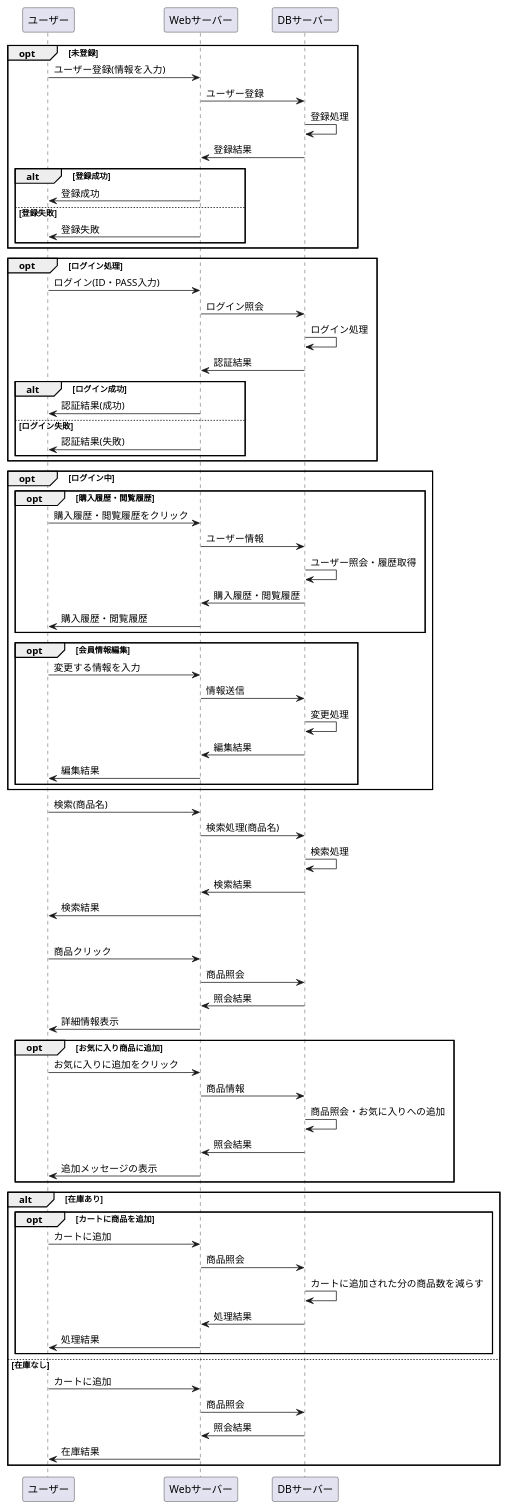
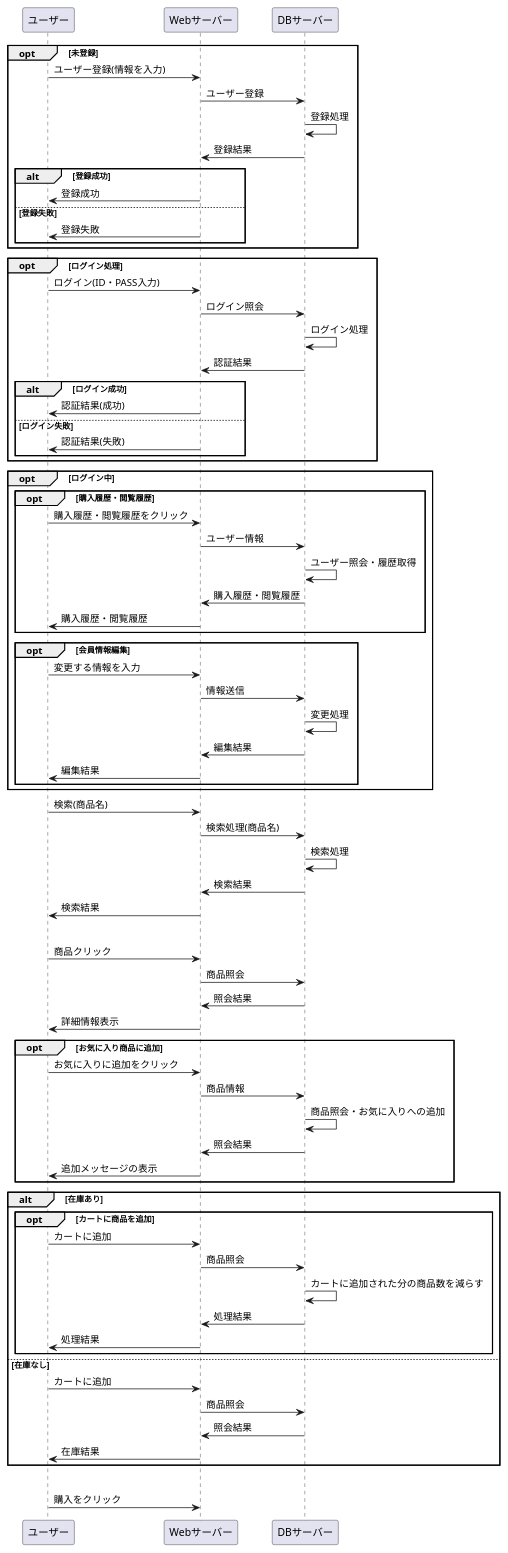
One commit to Aso2001163/2021sys-design-2 changed the diagram in システム開発/業務フロー/業務フロー.md. Above: the diagram before and after it, drawn with PlantUML.

````diff
--- a/システム開発/業務フロー/業務フロー.md
+++ b/システム開発/業務フロー/業務フロー.md
@@ -82,5 +82,7 @@
 Webサーバー -> ユーザー : 在庫結果
 end
 
+opt 購入
+ユーザー -> Webサーバー : 購入をクリック
 @enduml
 ```
````
